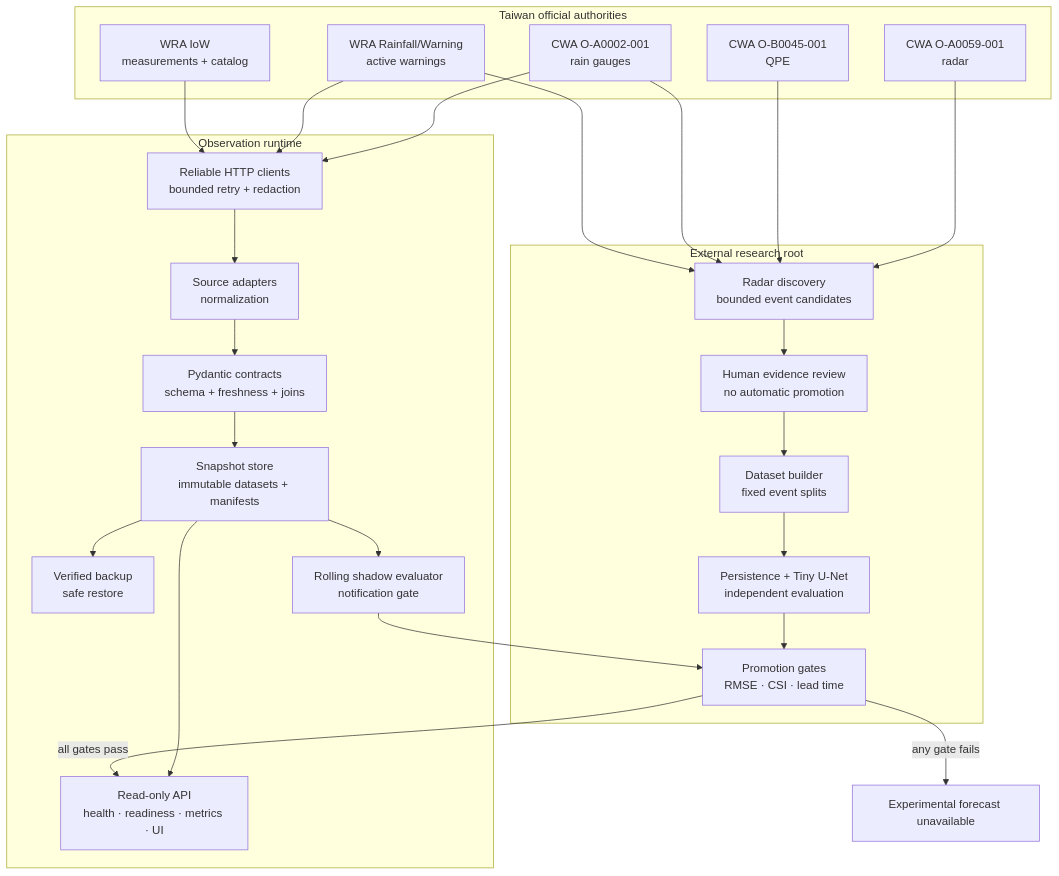
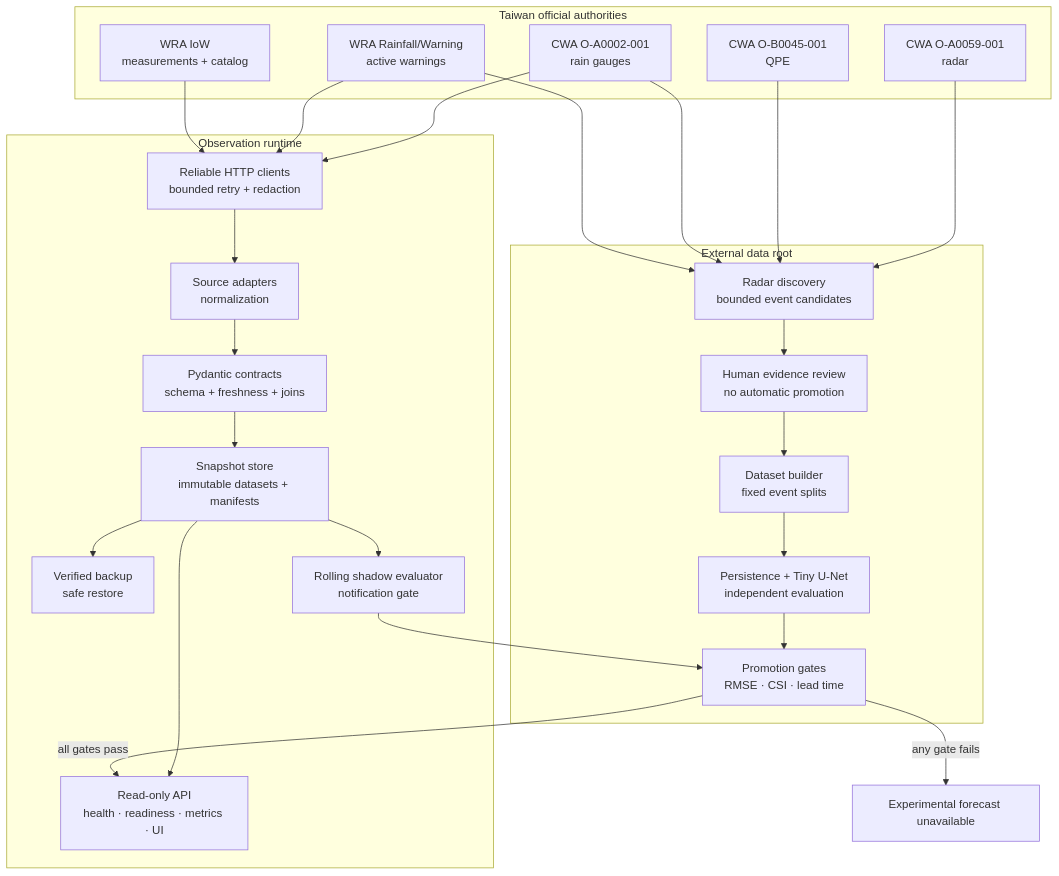
One commit to KageRyo/MinxiongHydroCast changed the diagram in docs/architecture.md. Above: the diagram before and after it, drawn with Mermaid. The commit also changed other lines of this file and 55 other files, not shown here.

First line of the commit message:
refactor(storage): adopt data-root governance

````diff
--- a/docs/architecture.md
+++ b/docs/architecture.md
@@ -13,45 +13,45 @@
 ```mermaid
 flowchart TB
     subgraph Authorities["Taiwan official authorities"]
         CWA_GAUGE["CWA O-A0002-001<br/>rain gauges"]
         CWA_RADAR["CWA O-A0059-001<br/>radar"]
         CWA_QPE["CWA O-B0045-001<br/>QPE"]
         WRA_WARNING["WRA Rainfall/Warning<br/>active warnings"]
         WRA_SENSOR["WRA IoW<br/>measurements + catalog"]
     end
 
     subgraph Runtime["Observation runtime"]
         CLIENTS["Reliable HTTP clients<br/>bounded retry + redaction"]
         ADAPTERS["Source adapters<br/>normalization"]
         CONTRACTS["Pydantic contracts<br/>schema + freshness + joins"]
         STORE["Snapshot store<br/>immutable datasets + manifests"]
         API["Read-only API<br/>health · readiness · metrics · UI"]
         BACKUP["Verified backup<br/>safe restore"]
         SHADOW["Rolling shadow evaluator<br/>notification gate"]
     end
 
-    subgraph Research["External research root"]
+    subgraph Data["External data root"]
         DISCOVERY["Radar discovery<br/>bounded event candidates"]
         REVIEW["Human evidence review<br/>no automatic promotion"]
         BUILD["Dataset builder<br/>fixed event splits"]
         EVAL["Persistence + Tiny U-Net<br/>independent evaluation"]
         PROMOTION["Promotion gates<br/>RMSE · CSI · lead time"]
     end
 
     CWA_GAUGE --> CLIENTS
     WRA_WARNING --> CLIENTS
     WRA_SENSOR --> CLIENTS
     CLIENTS --> ADAPTERS --> CONTRACTS --> STORE
     STORE --> API
     STORE --> BACKUP
     STORE --> SHADOW
 
     CWA_RADAR --> DISCOVERY
     CWA_QPE --> DISCOVERY
     CWA_GAUGE --> DISCOVERY
     WRA_WARNING --> DISCOVERY
     DISCOVERY --> REVIEW --> BUILD --> EVAL --> PROMOTION
     SHADOW --> PROMOTION
     PROMOTION -- all gates pass --> API
     PROMOTION -- any gate fails --> BLOCKED["Experimental forecast unavailable"]
 ```
````
